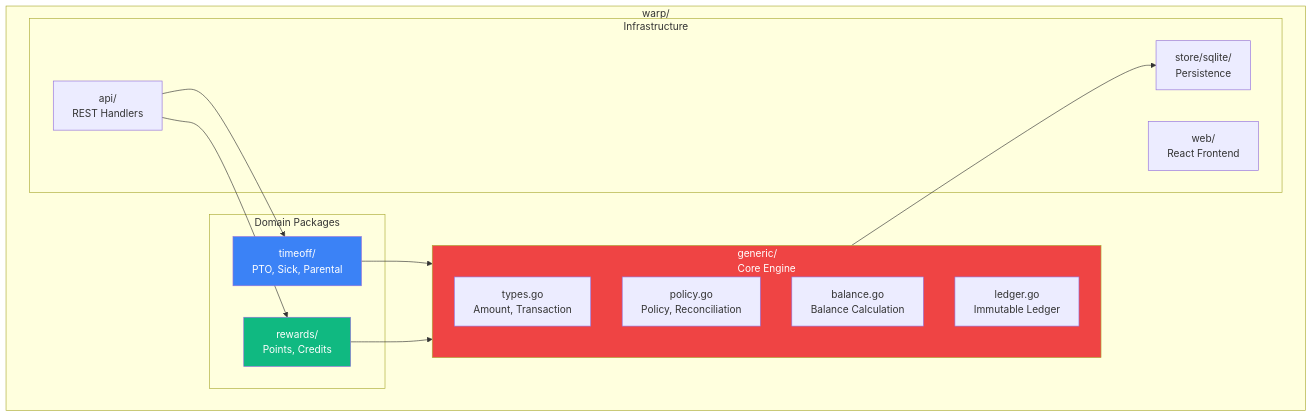
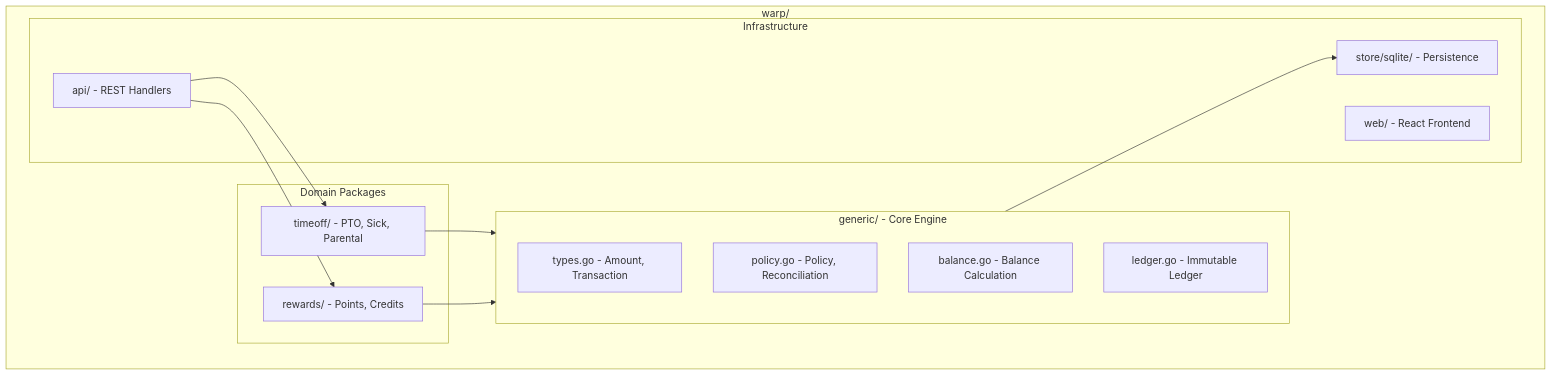
One commit to AntoineToussaint/timeoff changed diagram 18 of 22 in README.md. Above: the diagram before and after it, drawn with Mermaid. The commit also changed other lines of this file, not shown here.

First line of the commit message:
Fix Mermaid diagrams for GitHub rendering

````diff
--- a/README.md
+++ b/README.md
@@ -774,32 +730,29 @@
 ```mermaid
 graph TB
     subgraph Root["warp/"]
-        subgraph Generic["generic/<br/>Core Engine"]
-            TYPES[types.go<br/>Amount, Transaction]
-            POLICY[policy.go<br/>Policy, Reconciliation]
-            BALANCE[balance.go<br/>Balance Calculation]
-            LEDGER[ledger.go<br/>Immutable Ledger]
+        subgraph Generic["generic/ - Core Engine"]
+            TYPES[types.go - Amount, Transaction]
+            POLICY[policy.go - Policy, Reconciliation]
+            BALANCE[balance.go - Balance Calculation]
+            LEDGER[ledger.go - Immutable Ledger]
         end
         
         subgraph Domain["Domain Packages"]
-            TO_DOM[timeoff/<br/>PTO, Sick, Parental]
-            RW_DOM[rewards/<br/>Points, Credits]
+            TO_DOM[timeoff/ - PTO, Sick, Parental]
+            RW_DOM[rewards/ - Points, Credits]
         end
         
         subgraph Infra["Infrastructure"]
-            STORE[store/sqlite/<br/>Persistence]
-            API_PKG[api/<br/>REST Handlers]
-            WEB[web/<br/>React Frontend]
+            STORE[store/sqlite/ - Persistence]
+            API_PKG[api/ - REST Handlers]
+            WEB[web/ - React Frontend]
         end
     end
     
     TO_DOM --> Generic
     RW_DOM --> Generic
     API_PKG --> TO_DOM
     API_PKG --> RW_DOM
     Generic --> STORE
     
-    style Generic fill:#ef4444,color:#fff
-    style TO_DOM fill:#3b82f6,color:#fff
-    style RW_DOM fill:#10b981,color:#fff
 ```
````
